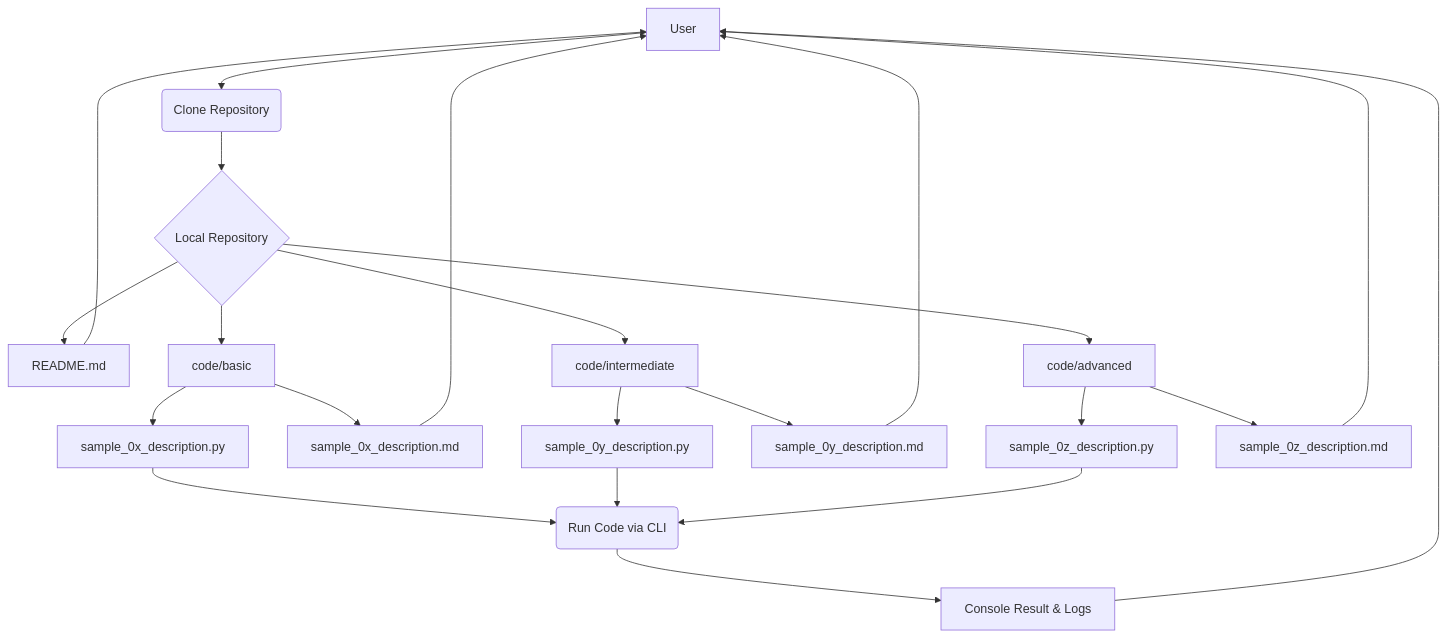
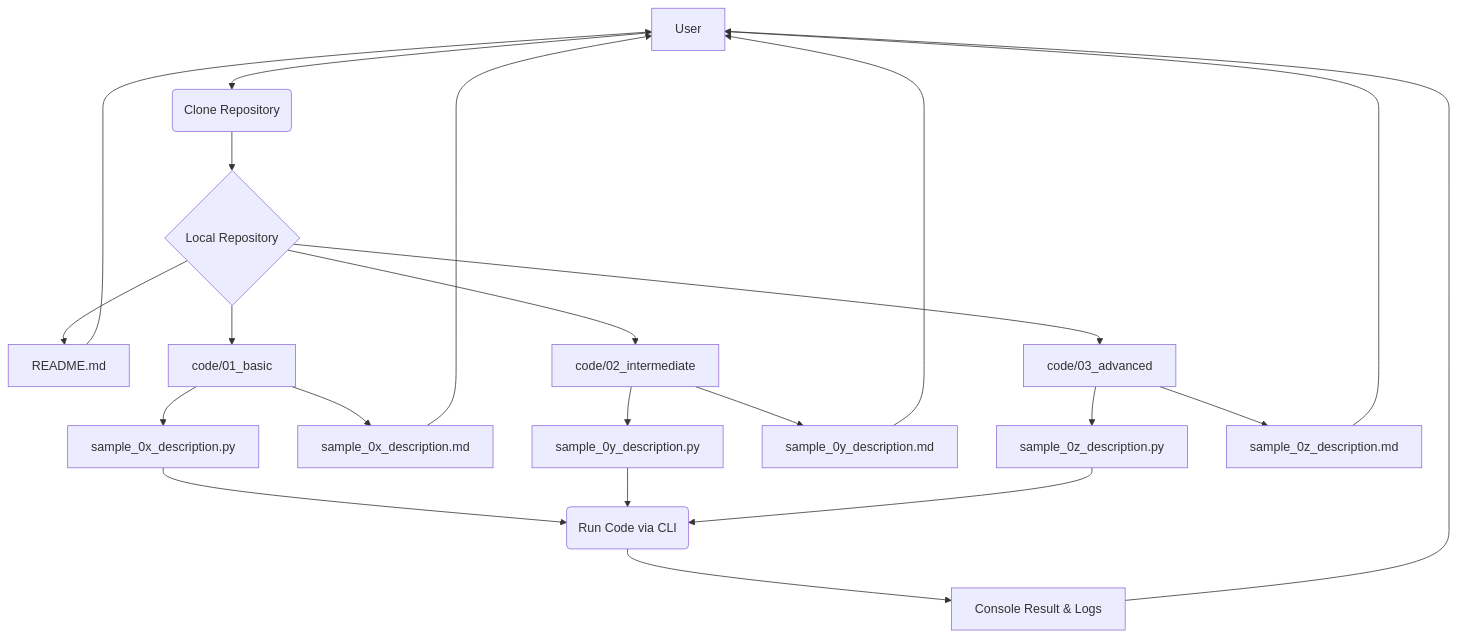
One commit to seyerjo/learn-python-by-examples changed the diagram in docs/02_engineering_guidelines.md. Above: the diagram before and after it, drawn with Mermaid. The commit also changed other lines of this file and 53 other files, not shown here.

Commit message:
refactor(code): rename difficulty folders to 01_basic, 02_intermediate, 03_advanced and update all cross-references

````diff
--- a/docs/02_engineering_guidelines.md
+++ b/docs/02_engineering_guidelines.md
@@ -40,24 +40,24 @@
 ```mermaid
 graph TD
     A[User] --> B(Clone Repository)
     B --> C{Local Repository}
     C --> D[README.md]
-    C --> E[code/basic]
-    C --> F[code/intermediate]
-    C --> G[code/advanced]
+    C --> E[code/01_basic]
+    C --> F[code/02_intermediate]
+    C --> G[code/03_advanced]
     E --> H[sample_0x_description.py]
     E --> I[sample_0x_description.md]
     F --> J[sample_0y_description.py]
     F --> K[sample_0y_description.md]
     G --> L[sample_0z_description.py]
     G --> M[sample_0z_description.md]
     D --> A
     I --> A
     K --> A
     M --> A
     H --> N(Run Code via CLI)
     J --> N
     L --> N
     N --> O[Console Result & Logs]
     O --> A
 ```
````
